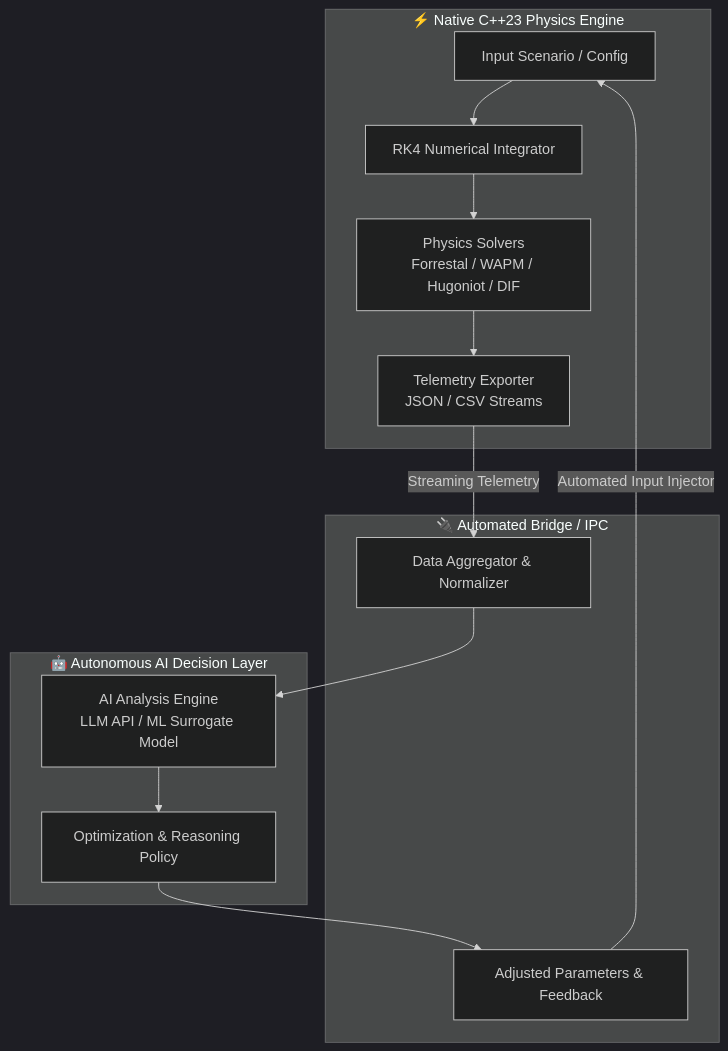
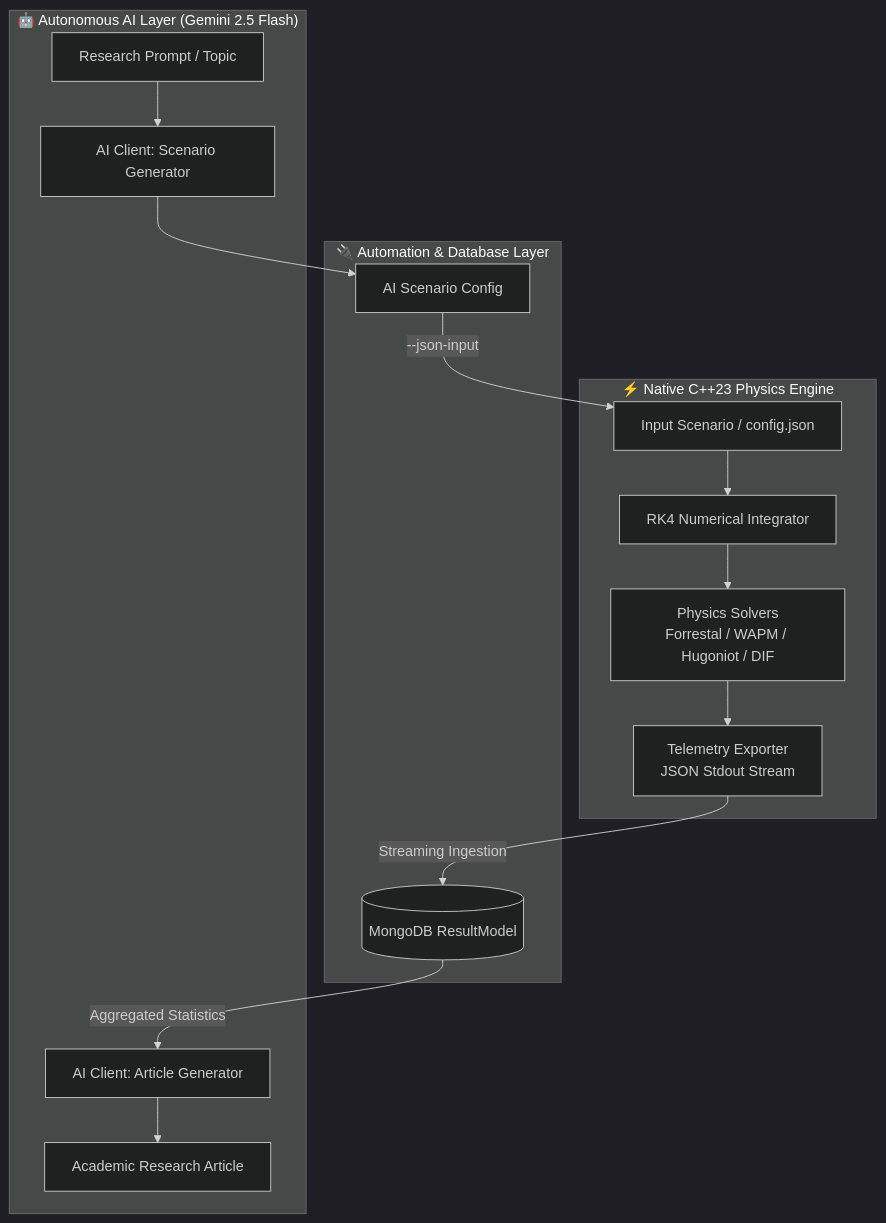
Before and after one commit to omid2007hope/MOP-Simulator: the diagram in src/AI/AI.md, drawn with Mermaid (dark theme). The commit also changed other lines of this file and 6 other files, not shown here.

Commit message:
docs: add architectural documentation for AI-driven automation pipeline and simulation data flow

````diff
--- a/src/AI/AI.md
+++ b/src/AI/AI.md
@@ -12,19 +16,20 @@
 ```mermaid
 flowchart TD
     subgraph CoreEngine["⚡ Native C++23 Physics Engine"]
-        A[Input Scenario / Config] --> B[RK4 Numerical Integrator]
+        A[Input Scenario / config.json] --> B[RK4 Numerical Integrator]
         B --> C[Physics Solvers<br/>Forrestal / WAPM / Hugoniot / DIF]
-        C --> D[Telemetry Exporter<br/>JSON / CSV Streams]
+        C --> D[Telemetry Exporter<br/>JSON Stdout Stream]
     end
 
-    subgraph IPCBridge["🔌 Automated Bridge / IPC"]
-        D -->|Streaming Telemetry| E[Data Aggregator & Normalizer]
-        H[Adjusted Parameters & Feedback] -->|Automated Input Injector| A
+    subgraph AutomationBridge["🔌 Automation & Database Layer"]
+        D -->|Streaming Ingestion| E[(MongoDB ResultModel)]
+        H[AI Scenario Config] -->|--json-input| A
     end
 
-    subgraph AIAgent["🤖 Autonomous AI Decision Layer"]
-        E --> F[AI Analysis Engine<br/>LLM API / ML Surrogate Model]
-        F --> G[Optimization & Reasoning Policy]
-        G --> H
+    subgraph AIAgent["🤖 Autonomous AI Layer (Gemini 2.5 Flash)"]
+        I[Research Prompt / Topic] --> J[AI Client: Scenario Generator]
+        J --> H
+        E -->|Aggregated Statistics| K[AI Client: Article Generator]
+        K --> L[Academic Research Article]
     end
 ```
````
